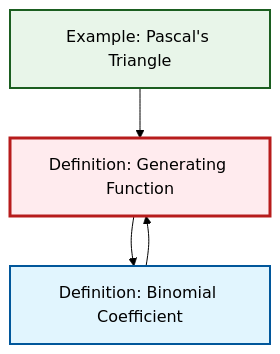
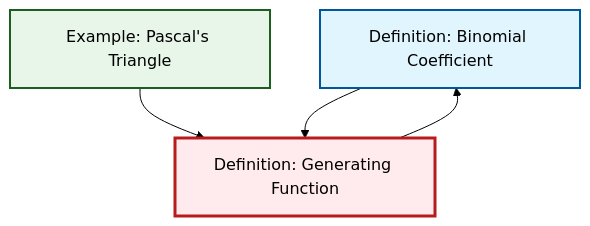
One commit to RK0429/ModernMath changed the diagram in content/en/combinatorics/def-generating-function.qmd. Above: the diagram before and after it, drawn with Mermaid (forest theme). The commit also changed other lines of this file and 581 other files, not shown here.

````diff
--- a/content/en/combinatorics/def-generating-function.qmd
+++ b/content/en/combinatorics/def-generating-function.qmd
@@ -98,18 +98,18 @@
 ```{mermaid}
 %%| fig-cap: "Local dependency graph"
 graph TD
     classDef definition fill:#e1f5fe,stroke:#01579b,stroke-width:2px
     classDef theorem fill:#f3e5f5,stroke:#4a148c,stroke-width:2px
     classDef axiom fill:#fff3e0,stroke:#e65100,stroke-width:2px
     classDef example fill:#e8f5e9,stroke:#1b5e20,stroke-width:2px
     classDef current fill:#ffebee,stroke:#b71c1c,stroke-width:3px
-    ex-pascals-triangle["Example: Pascal's Triangle"]:::example
     def-binomial-coefficient["Definition: Binomial Coefficient"]:::definition
     def-generating-function["Definition: Generating Function"]:::definition
+    ex-pascals-triangle["Example: Pascal's Triangle"]:::example
     ex-pascals-triangle --> def-generating-function
+    def-generating-function --> def-binomial-coefficient
     def-binomial-coefficient --> def-generating-function
-    def-generating-function --> def-binomial-coefficient
     class def-generating-function current
+    click def-binomial-coefficient "def-binomial-coefficient.html" "Go to Binomial Coefficient definition"
     click ex-pascals-triangle "ex-pascals-triangle.html" "Go to Pascal's Triangle example"
-    click def-binomial-coefficient "def-binomial-coefficient.html" "Go to Binomial Coefficient definition"
 ```
````
